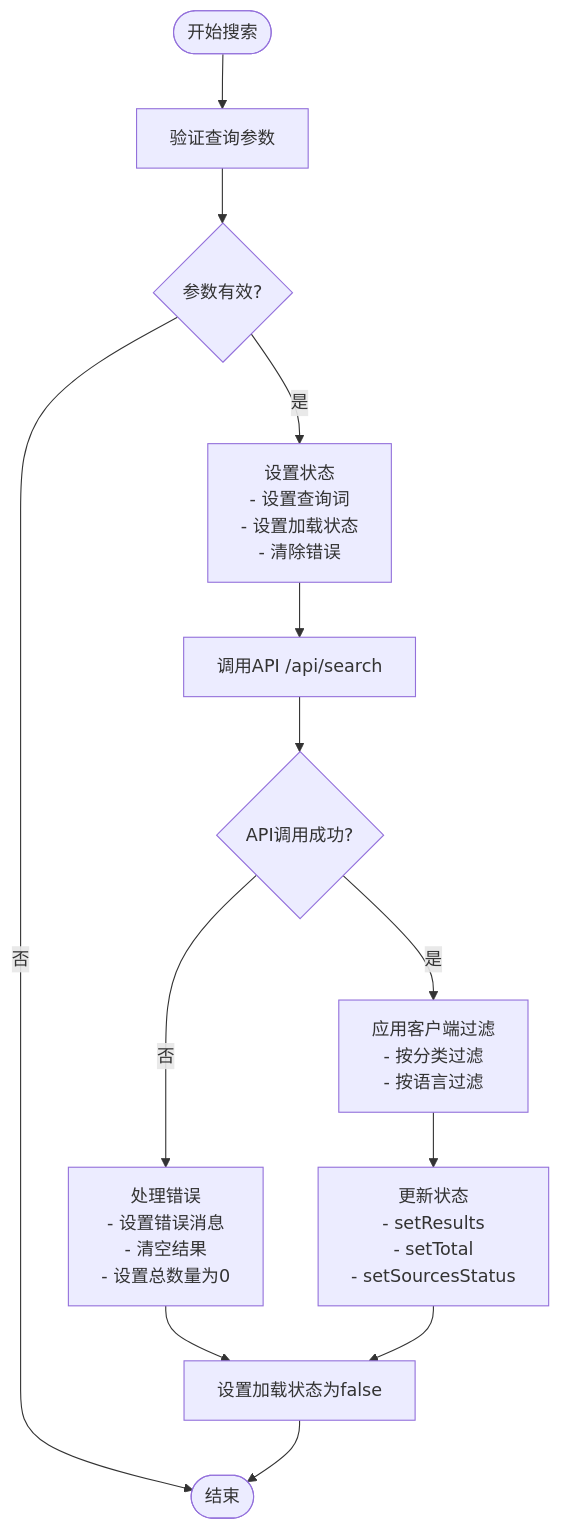
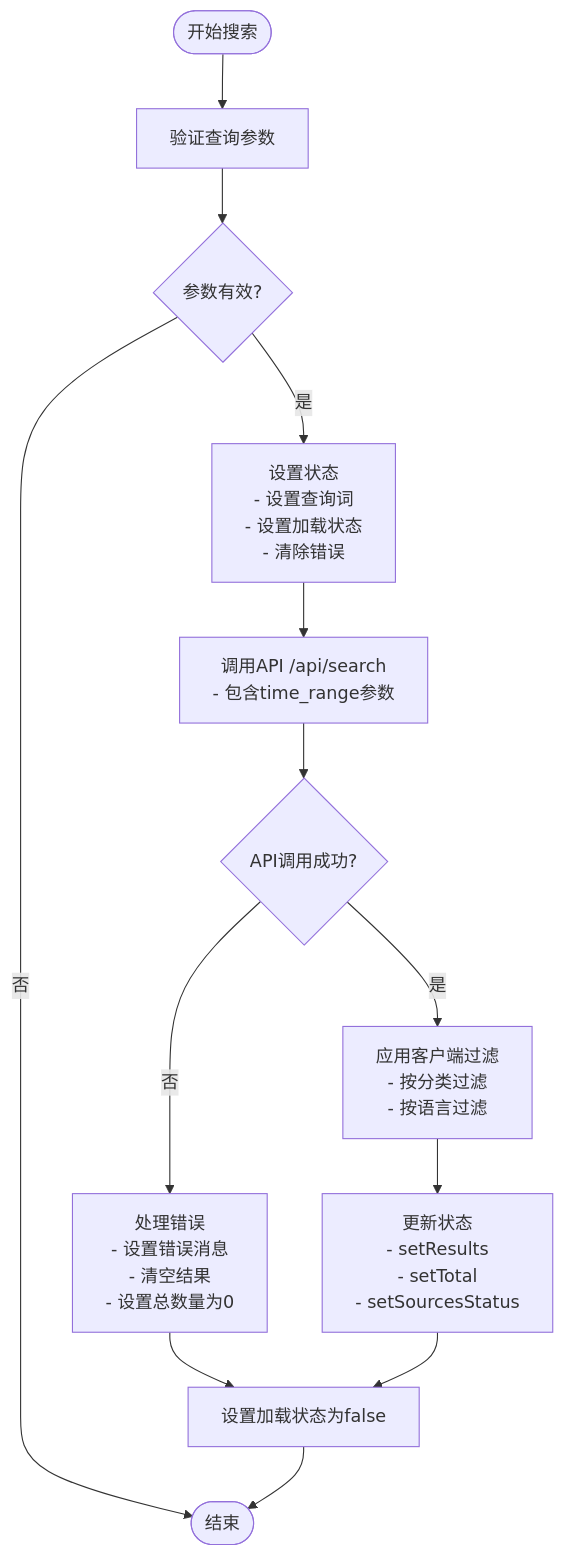
One commit to wangdy21/search_is_all_you_need changed the fourth of 10 diagrams in .qoder/repowiki/zh/content/系统架构设计/前端架构设计/状态管理与自定义Hook/useSearch Hook - 搜索状态管理.md. Above: the diagram before and after it, drawn with Mermaid. The commit also changed other lines of this file and 11 other files, not shown here.

````diff
--- a/.qoder/repowiki/zh/content/系统架构设计/前端架构设计/状态管理与自定义Hook/useSearch Hook - 搜索状态管理.md
+++ b/.qoder/repowiki/zh/content/系统架构设计/前端架构设计/状态管理与自定义Hook/useSearch Hook - 搜索状态管理.md
@@ -178,15 +195,15 @@
 ```mermaid
 flowchart TD
 Start([开始搜索]) --> Validate["验证查询参数"]
 Validate --> ParamValid{"参数有效?"}
 ParamValid --> |否| End([结束])
 ParamValid --> |是| SetStates["设置状态<br/>- 设置查询词<br/>- 设置加载状态<br/>- 清除错误"]
-SetStates --> APICall["调用API /api/search"]
+SetStates --> APICall["调用API /api/search<br/>- 包含time_range参数"]
 APICall --> APISuccess{"API调用成功?"}
 APISuccess --> |否| HandleError["处理错误<br/>- 设置错误消息<br/>- 清空结果<br/>- 设置总数量为0"]
 APISuccess --> |是| ApplyFilter["应用客户端过滤<br/>- 按分类过滤<br/>- 按语言过滤"]
 ApplyFilter --> UpdateState["更新状态<br/>- setResults<br/>- setTotal<br/>- setSourcesStatus"]
 HandleError --> Finally["设置加载状态为false"]
 UpdateState --> Finally
 Finally --> End
 ```
````
